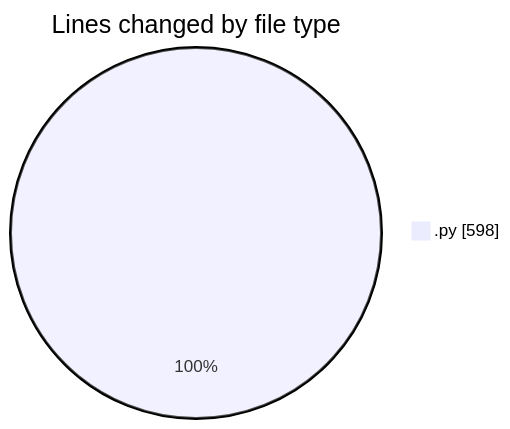
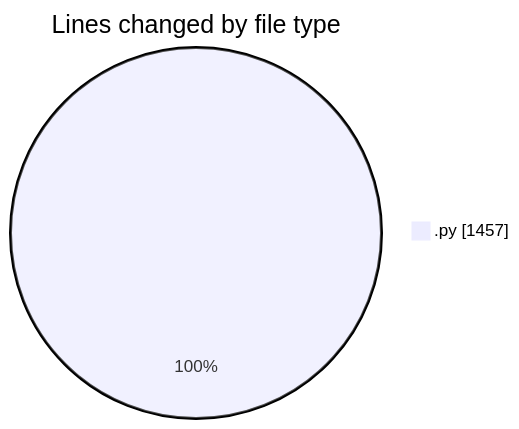
One commit to Ritupan-Deka/code-tracking changed the first of 2 diagrams in 2026-01-11/dsa/README.md. Above: the diagram before and after it, drawn with Mermaid. The commit also changed other lines of this file and 1 other file, not shown here.

````diff
--- a/2026-01-11/dsa/README.md
+++ b/2026-01-11/dsa/README.md
@@ -20,5 +20,5 @@
 ```mermaid
 pie showData
 title Lines changed by file type
-".py" : 598
+".py" : 1457
 ```
````
